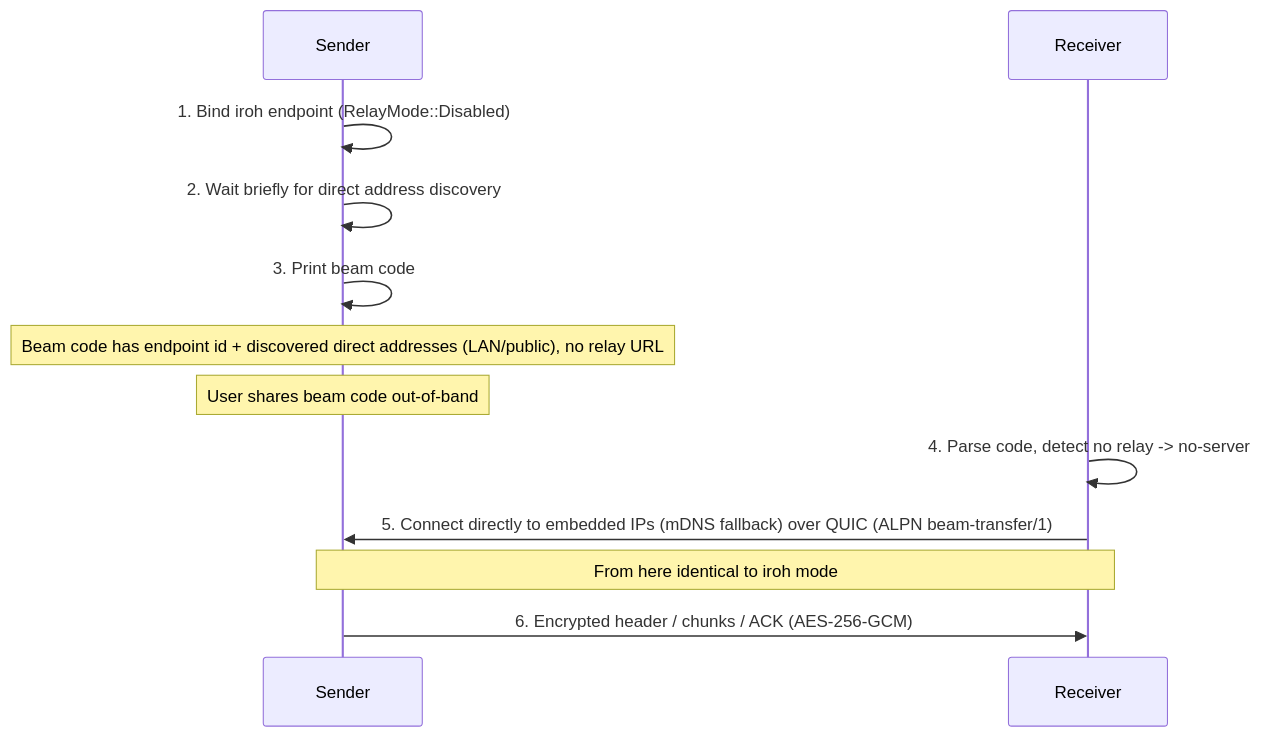
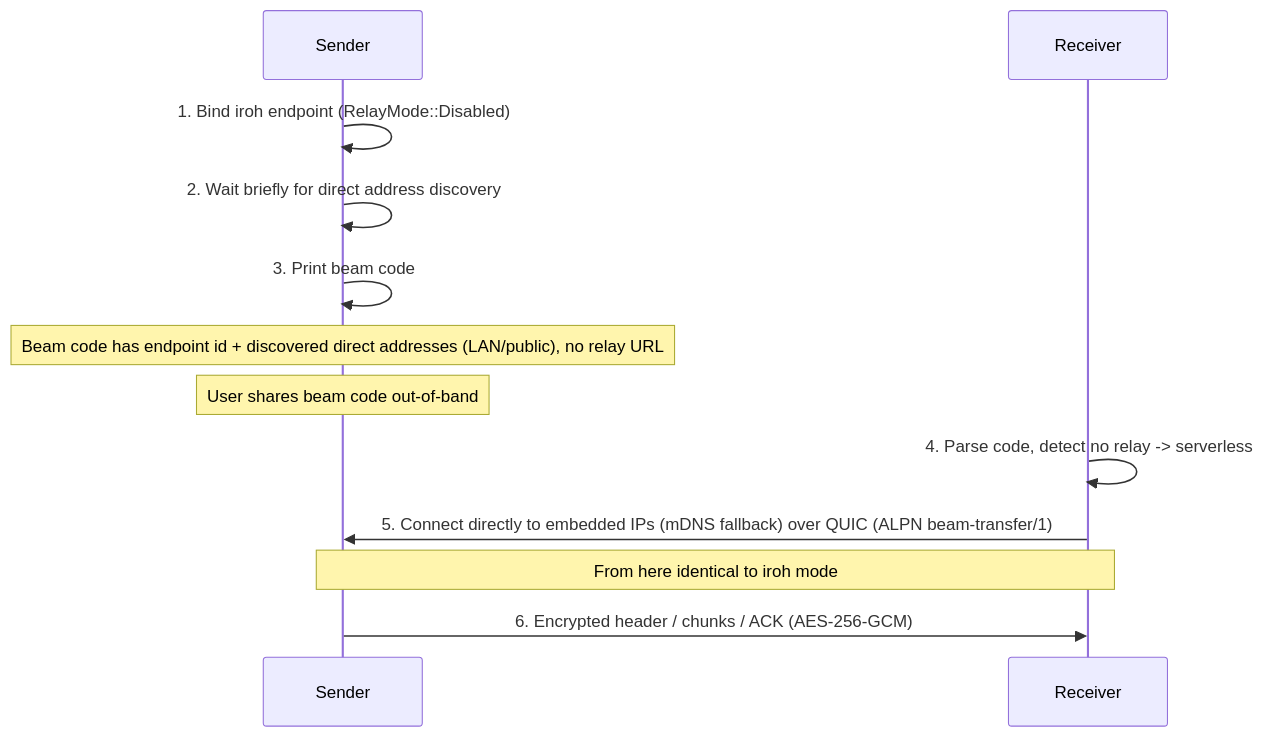
One commit to andrewtheguy/beam-rs changed the second of 3 diagrams in docs/ARCHITECTURE.md. Above: the diagram before and after it, drawn with Mermaid. The commit also changed other lines of this file and 10 other files, not shown here.

````diff
--- a/docs/ARCHITECTURE.md
+++ b/docs/ARCHITECTURE.md
@@ -81,18 +81,18 @@
 ```mermaid
 sequenceDiagram
     participant Sender
     participant Receiver
 
     Sender->>Sender: 1. Bind iroh endpoint (RelayMode::Disabled)
     Sender->>Sender: 2. Wait briefly for direct address discovery
     Sender->>Sender: 3. Print beam code
     Note over Sender: Beam code has endpoint id + discovered direct addresses (LAN/public), no relay URL
 
     Note over Sender: User shares beam code out-of-band
 
-    Receiver->>Receiver: 4. Parse code, detect no relay -> no-server
+    Receiver->>Receiver: 4. Parse code, detect no relay -> serverless
     Receiver->>Sender: 5. Connect directly to embedded IPs (mDNS fallback) over QUIC (ALPN beam-transfer/1)
 
     Note over Sender,Receiver: From here identical to iroh mode
     Sender->>Receiver: 6. Encrypted header / chunks / ACK (AES-256-GCM)
 ```
````
